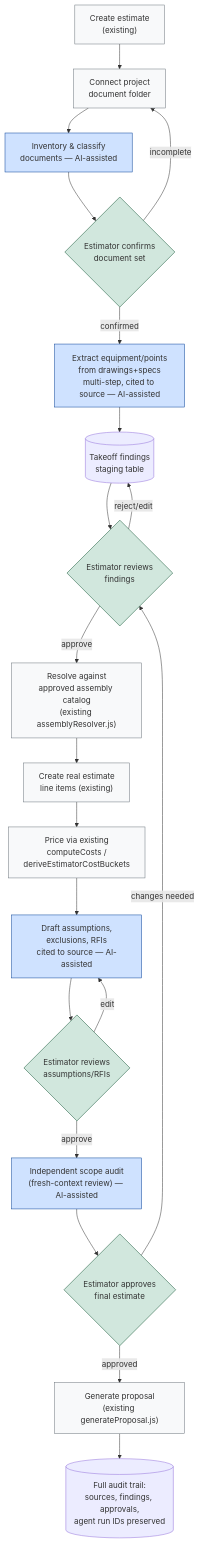
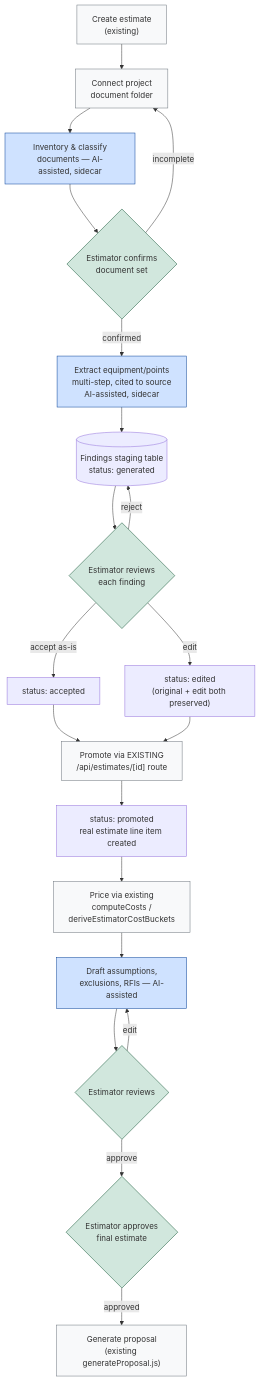
The third of 5 diagrams in docs/eve-estimating-evaluation.md (thecontrolscompany/tcc-projecthub), drawn with Mermaid before and after one commit. The commit also changed other lines of this file and 1 other file, not shown here.

````diff
--- a/docs/eve-estimating-evaluation.md
+++ b/docs/eve-estimating-evaluation.md
@@ -209,29 +206,29 @@
 ```mermaid
 flowchart TD
     A["Create estimate\n(existing)"] --> B["Connect project\ndocument folder"]
-    B --> C["Inventory & classify\ndocuments — AI-assisted"]
+    B --> C["Inventory & classify\ndocuments — AI-assisted, sidecar"]
     C --> D{"Estimator confirms\ndocument set"}
     D -->|incomplete| B
-    D -->|confirmed| E["Extract equipment/points\nfrom drawings+specs\nmulti-step, cited to source — AI-assisted"]
-    E --> F[("Takeoff findings\nstaging table")]
-    F --> G{"Estimator reviews\nfindings"}
-    G -->|reject/edit| F
-    G -->|approve| H["Resolve against\napproved assembly catalog\n(existing assemblyResolver.js)"]
-    H --> I["Create real estimate\nline items (existing)"]
-    I --> J["Price via existing\ncomputeCosts /\nderiveEstimatorCostBuckets"]
-    J --> K["Draft assumptions,\nexclusions, RFIs\ncited to source — AI-assisted"]
-    K --> L{"Estimator reviews\nassumptions/RFIs"}
-    L -->|edit| K
-    L -->|approve| M["Independent scope audit\n(fresh-context review) — AI-assisted"]
-    M --> N{"Estimator approves\nfinal estimate"}
-    N -->|changes needed| G
+    D -->|confirmed| E["Extract equipment/points\nmulti-step, cited to source\nAI-assisted, sidecar"]
+    E --> F[("Findings staging table\nstatus: generated")]
+    F --> G{"Estimator reviews\neach finding"}
+    G -->|reject| F
+    G -->|accept as-is| H1["status: accepted"]
+    G -->|edit| H2["status: edited\n(original + edit both preserved)"]
+    H1 --> I["Promote via EXISTING\n/api/estimates/[id] route"]
+    H2 --> I
+    I --> J["status: promoted\nreal estimate line item created"]
+    J --> K["Price via existing\ncomputeCosts /\nderiveEstimatorCostBuckets"]
+    K --> L["Draft assumptions,\nexclusions, RFIs — AI-assisted"]
+    L --> M{"Estimator reviews"}
+    M -->|edit| L
+    M -->|approve| N{"Estimator approves\nfinal estimate"}
     N -->|approved| O["Generate proposal\n(existing generateProposal.js)"]
-    O --> P[("Full audit trail:\nsources, findings, approvals,\nagent run IDs preserved")]
 
     classDef human fill:#d1e7dd,stroke:#0f5132
     classDef ai fill:#cfe2ff,stroke:#084298
     classDef existing fill:#f8f9fa,stroke:#6c757d
-    class D,G,L,N human
-    class C,E,K,M ai
-    class A,B,H,I,J,O existing
+    class D,G,M,N human
+    class C,E,L ai
+    class A,B,I,K,O existing
 ```
````
